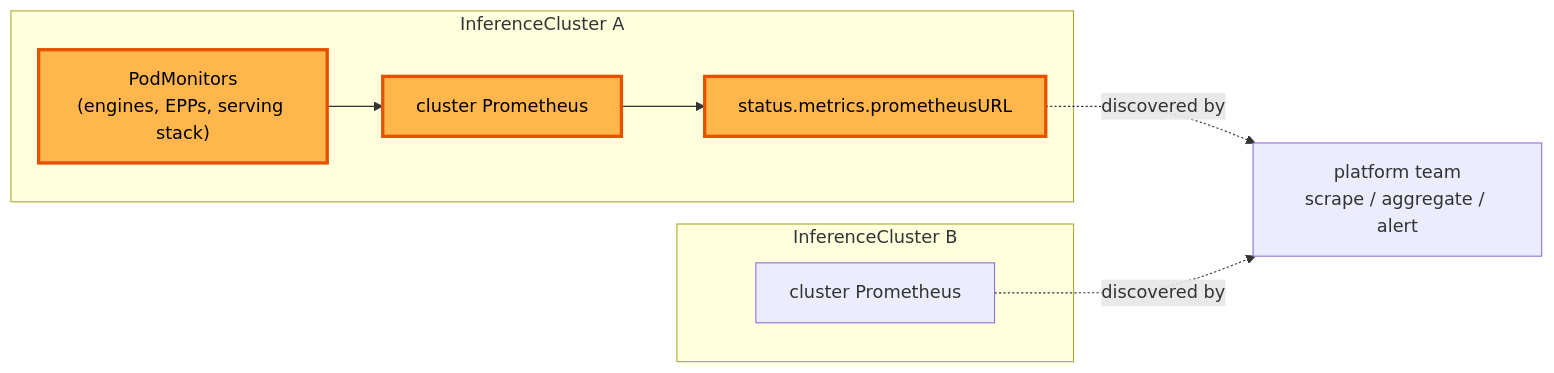
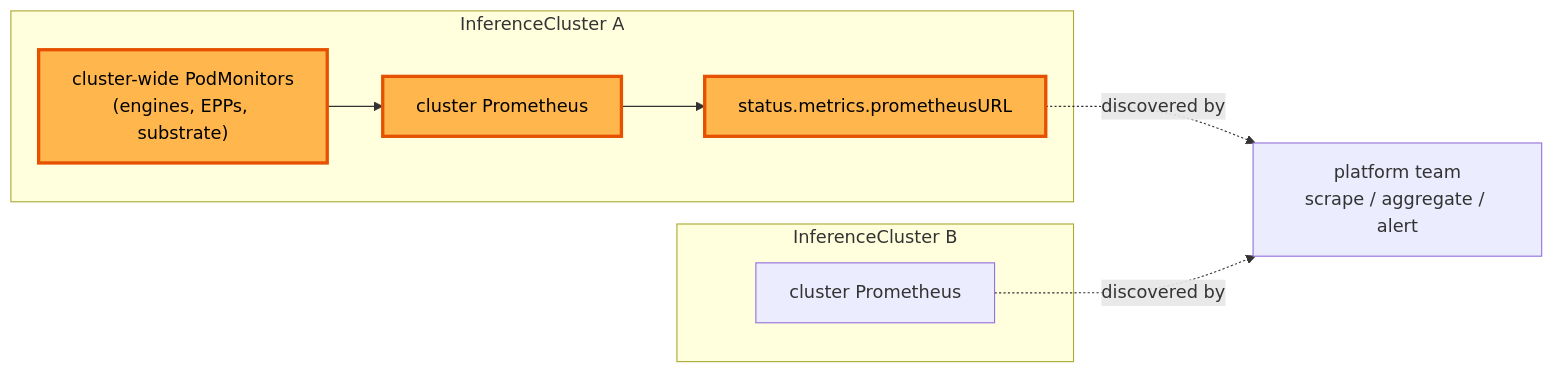
One commit to modelplaneai/modelplane changed the diagram in design/metrics.md. Above: the diagram before and after it, drawn with Mermaid. The commit also changed other lines of this file, not shown here.

First line of the commit message:
Switch metrics to cluster-wide PodMonitors and state the proposal

````diff
--- a/design/metrics.md
+++ b/design/metrics.md
@@ -161,18 +161,18 @@
 ```mermaid
 flowchart LR
     subgraph icA["InferenceCluster A"]
-        PMA["PodMonitors\n(engines, EPPs, serving stack)"]
+        PMA["cluster-wide PodMonitors\n(engines, EPPs, substrate)"]
         PRA["cluster Prometheus"]
         STA["status.metrics.prometheusURL"]
     end
     subgraph icB["InferenceCluster B"]
         PRB["cluster Prometheus"]
     end
     PT["platform team\nscrape / aggregate / alert"]
     PMA --> PRA
     PRA --> STA
     STA -.discovered by.-> PT
     PRB -.discovered by.-> PT
     classDef new fill:#ffb74d,stroke:#e65100,stroke-width:3px,color:#000;
     class PMA,PRA,STA new
 ```
````
